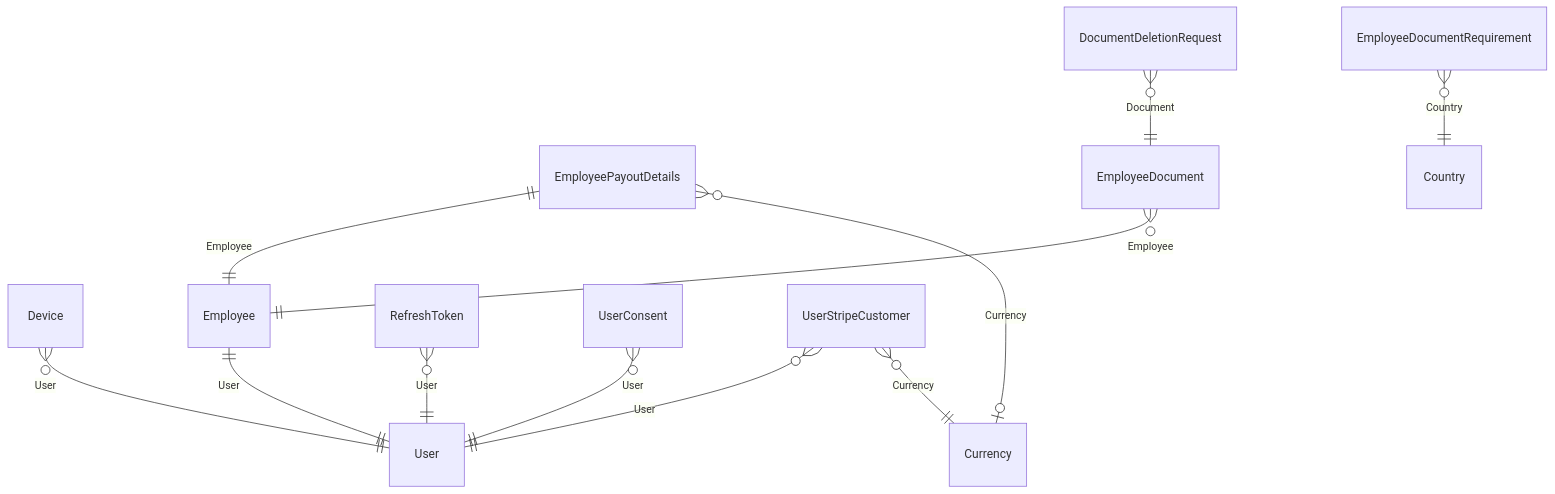
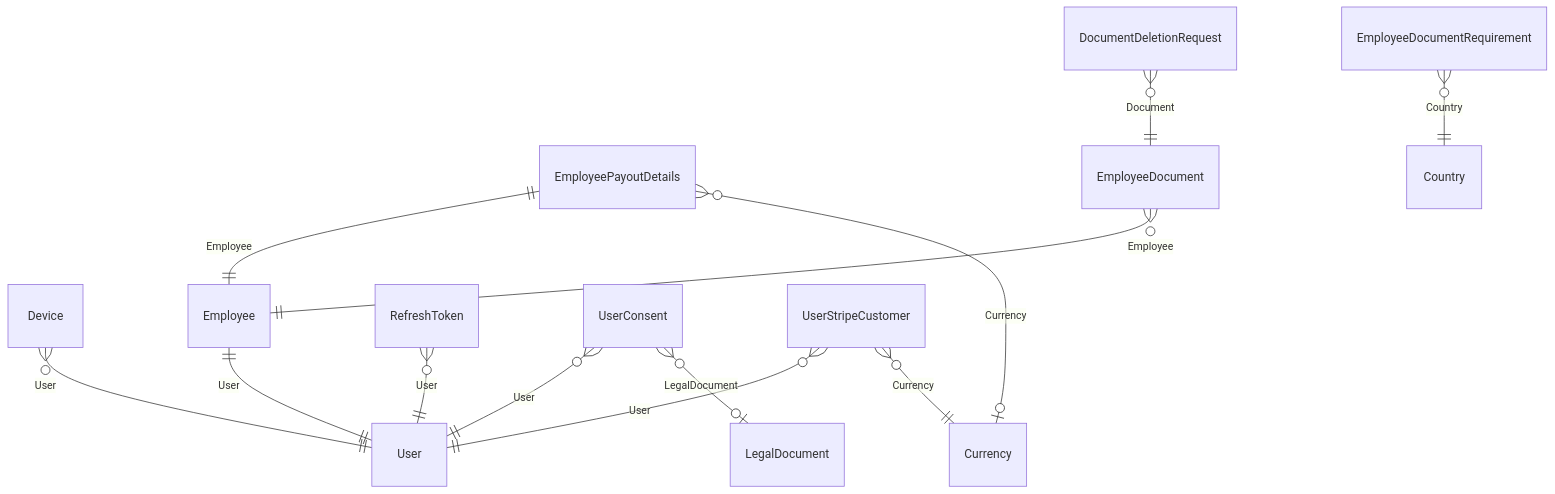
One commit to VM-s-Solutions/cleansia changed the second of 6 diagrams in docs/domain/model.md. Above: the diagram before and after it, drawn with Mermaid. The commit also changed other lines of this file and 45 other files, not shown here.

````diff
--- a/docs/domain/model.md
+++ b/docs/domain/model.md
@@ -49,14 +49,15 @@
 ```mermaid
 erDiagram
   Device }o--|| User : "User"
   Employee ||--|| User : "User"
   EmployeePayoutDetails ||--|| Employee : "Employee"
   EmployeePayoutDetails }o--o| Currency : "Currency"
   RefreshToken }o--|| User : "User"
   UserConsent }o--|| User : "User"
+  UserConsent }o--o| LegalDocument : "LegalDocument"
   UserStripeCustomer }o--|| User : "User"
   UserStripeCustomer }o--|| Currency : "Currency"
   EmployeeDocument }o--|| Employee : "Employee"
   DocumentDeletionRequest }o--|| EmployeeDocument : "Document"
   EmployeeDocumentRequirement }o--|| Country : "Country"
 ```
````
